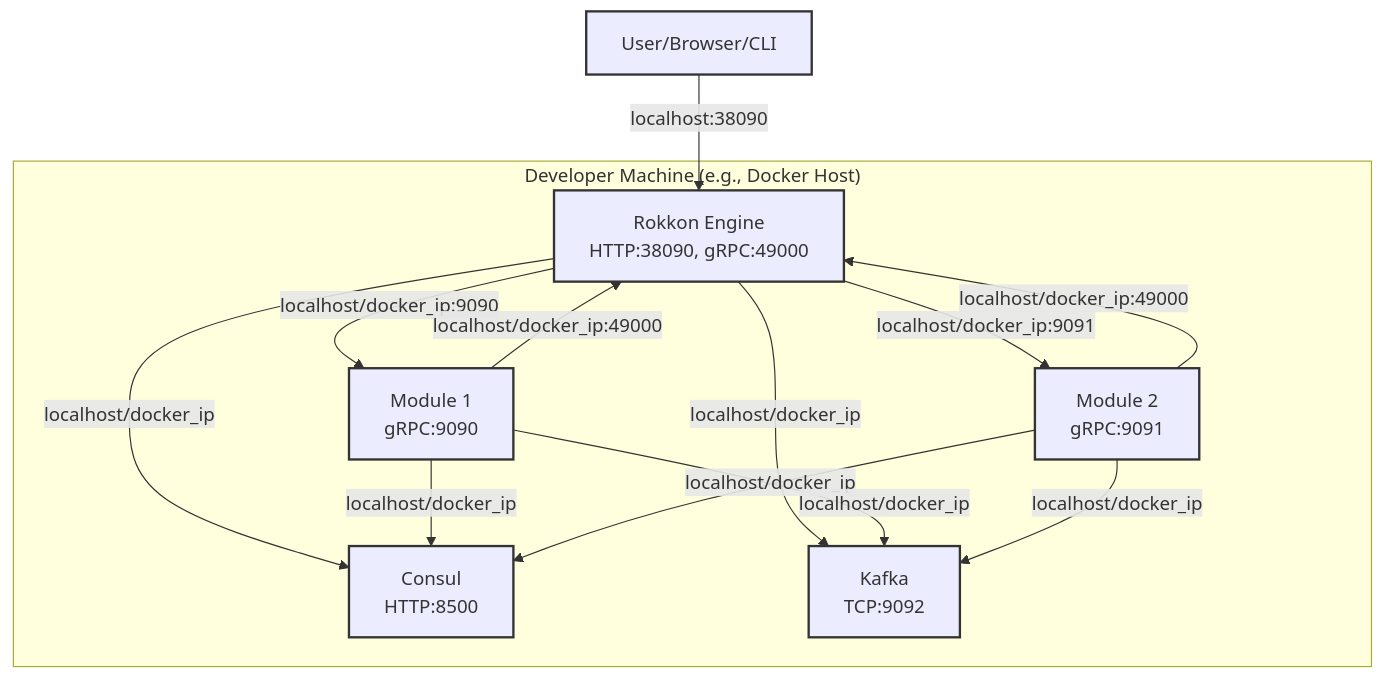
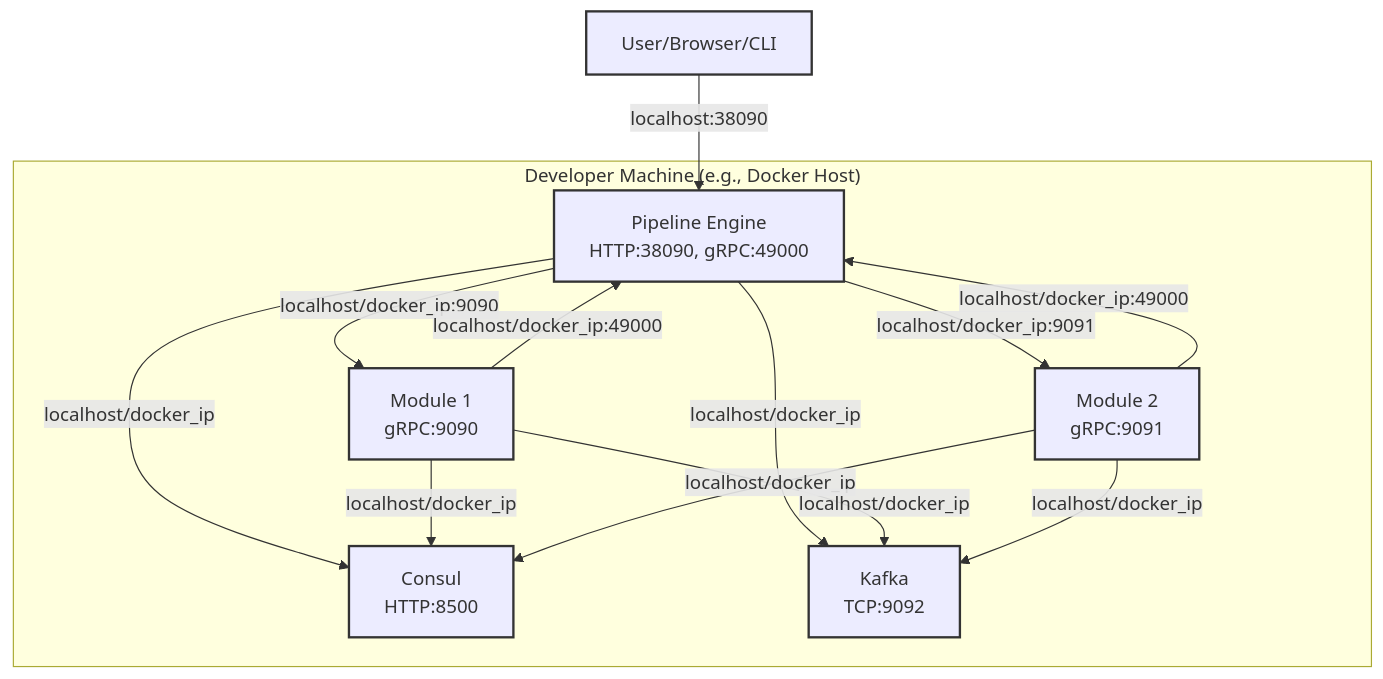
Before and after one commit to krickert/rokkon: the first of 3 diagrams in ARCHITECTURE/Network_topology.md, drawn with Mermaid. The commit also changed other lines of this file and 75 other files, not shown here.

````diff
--- a/ARCHITECTURE/Network_topology.md
+++ b/ARCHITECTURE/Network_topology.md
@@ -44,32 +44,32 @@
 ```mermaid
 graph TD
     subgraph "Developer Machine (e.g., Docker Host)"
-        RokkonEngine[Rokkon Engine <br> HTTP:38090, gRPC:49000]
+        PipelineEngine[Pipeline Engine <br> HTTP:38090, gRPC:49000]
         Module1[Module 1 <br> gRPC:9090]
         Module2[Module 2 <br> gRPC:9091]
         ConsulServer[Consul <br> HTTP:8500]
         KafkaServer[Kafka <br> TCP:9092]
 
-        RokkonEngine -- "localhost/docker_ip" --> ConsulServer
-        RokkonEngine -- "localhost/docker_ip" --> KafkaServer
-        RokkonEngine -- "localhost/docker_ip:9090" --> Module1
-        RokkonEngine -- "localhost/docker_ip:9091" --> Module2
+        PipelineEngine -- "localhost/docker_ip" --> ConsulServer
+        PipelineEngine -- "localhost/docker_ip" --> KafkaServer
+        PipelineEngine -- "localhost/docker_ip:9090" --> Module1
+        PipelineEngine -- "localhost/docker_ip:9091" --> Module2
 
-        Module1 -- "localhost/docker_ip:49000" --> RokkonEngine
+        Module1 -- "localhost/docker_ip:49000" --> PipelineEngine
     %% Registration
-        Module2 -- "localhost/docker_ip:49000" --> RokkonEngine
+        Module2 -- "localhost/docker_ip:49000" --> PipelineEngine
     %% Registration
         Module1 -- "localhost/docker_ip" --> ConsulServer
     %% Health checks (polled by Consul)
         Module2 -- "localhost/docker_ip" --> ConsulServer
     %% Health checks
         Module1 -- "localhost/docker_ip" --> KafkaServer
         Module2 -- "localhost/docker_ip" --> KafkaServer
     end
-    User[User/Browser/CLI] -- "localhost:38090" --> RokkonEngine
+    User[User/Browser/CLI] -- "localhost:38090" --> PipelineEngine
 
     classDef component fill:#lightblue,stroke:#333,stroke-width:2px;
     classDef external fill:#lightgrey,stroke:#333,stroke-width:2px;
-    class RokkonEngine,Module1,Module2,ConsulServer,KafkaServer component;
+    class PipelineEngine,Module1,Module2,ConsulServer,KafkaServer component;
     class User external;
 ```
````
